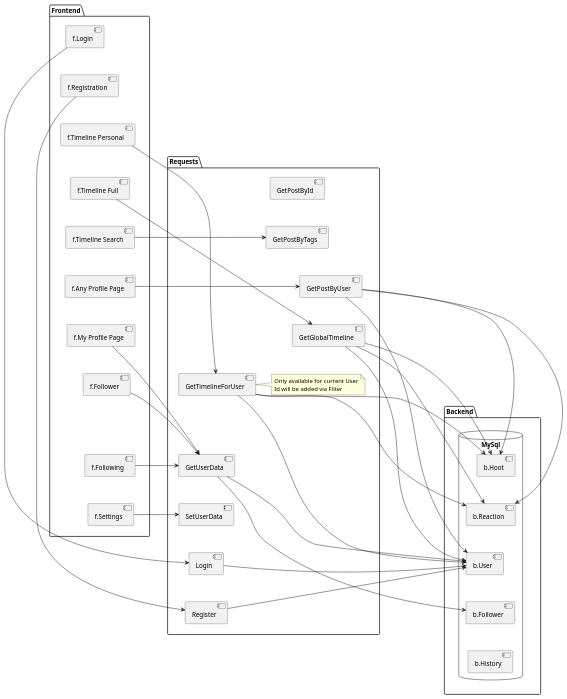
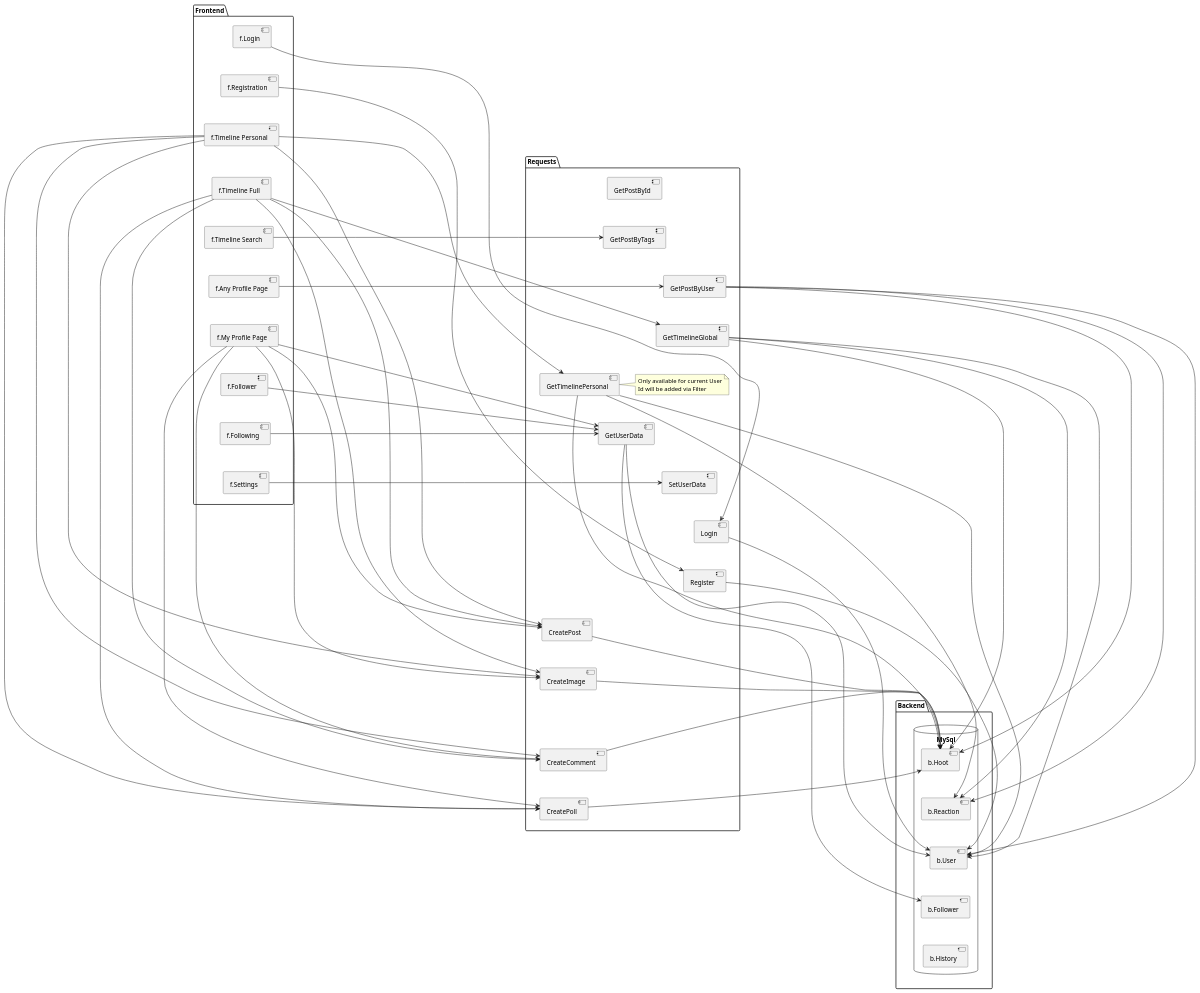
Before and after one commit to ulftietze/hoot: the diagram in docs/diagrams/Front-Backend-API.puml, drawn with PlantUML. The commit also changed 13 other files, not shown here.

```diff
--- a/docs/diagrams/Front-Backend-API.puml
+++ b/docs/diagrams/Front-Backend-API.puml
@@ -1,98 +1,122 @@
 @startuml
 'https://plantuml.com/component-diagram
 /'TODO: Beautify (Probably never)'/
 
 package Frontend {
     [f.Login]
     [f.Registration]
     [f.Timeline Personal]
     [f.Timeline Full]
     [f.Timeline Search]
     [f.Any Profile Page]
     [f.My Profile Page]
     [f.Follower]
     [f.Following]
     [f.Settings]
 }
 
 [f.Login] -[hidden]down-> [f.Registration]
 [f.Registration] -[hidden]down-> [f.Timeline Personal]
 [f.Timeline Personal] -[hidden]down-> [f.Timeline Full]
 [f.Timeline Full] -[hidden]down-> [f.Timeline Search]
 [f.Timeline Search] -[hidden]down-> [f.Any Profile Page]
 [f.Any Profile Page] -[hidden]down-> [f.My Profile Page]
 [f.My Profile Page] -[hidden]down-> [f.Follower]
 [f.Follower] -[hidden]down-> [f.Following]
 [f.Following] -[hidden]down-> [f.Settings]
 
 package Requests {
     [GetPostById]
     [GetPostByTags]
     [GetPostByUser]
-    [GetGlobalTimeline]
-    [GetTimelineForUser]
+    [GetTimelineGlobal]
+    [GetTimelinePersonal]
     [GetUserData]
     [SetUserData]
     [Login]
     [Register]
+    [CreatePost]
+    [CreateImage]
+    [CreateComment]
+    [CreatePoll]
 
-    note right of [GetTimelineForUser]
+    note right of [GetTimelinePersonal]
         Only available for current User
         Id will be added via Filter
     end note
 }
 
 [GetPostById] -[hidden]down-> [GetPostByTags]
 [GetPostByTags] -[hidden]down-> [GetPostByUser]
-[GetPostByUser] -[hidden]down-> [GetGlobalTimeline]
-[GetGlobalTimeline] -[hidden]down-> [GetTimelineForUser]
-[GetTimelineForUser] -[hidden]down-> [GetUserData]
+[GetPostByUser] -[hidden]down-> [GetTimelineGlobal]
+[GetTimelineGlobal] -[hidden]down-> [GetTimelinePersonal]
+[GetTimelinePersonal] -[hidden]down-> [GetUserData]
 [GetUserData] -[hidden]down-> [SetUserData]
 [SetUserData] -[hidden]down-> [Login]
 [Login] -[hidden]down-> [Register]
+[Register] -[hidden]down-> [CreatePost]
+[CreatePost] -[hidden]down-> [CreateImage]
+[CreateImage] -[hidden]down-> [CreateComment]
+[CreateComment] -[hidden]down-> [CreatePoll]
 
 package Backend {
     database "MySql" {
         [b.Hoot]
         [b.Reaction]
         [b.User]
         [b.Follower]
         [b.History]
     }
 }
 
 [b.Hoot] -[hidden]down-> [b.Reaction]
 [b.Reaction] -[hidden]down-> [b.User]
 [b.User] -[hidden]down-> [b.Follower]
 [b.Follower] -[hidden]down-> [b.History]
 
 Frontend -[hidden]r-> Requests
 Requests -[hidden]r-> Backend
 
 
-[f.Timeline Full] -r-> [GetGlobalTimeline]
-[f.Timeline Personal] -r-> [GetTimelineForUser]
+[f.Timeline Full] -r-> [GetTimelineGlobal]
+[f.Timeline Personal] -r-> [GetTimelinePersonal]
+[f.Timeline Full] -r-> [CreatePost]
+[f.Timeline Personal] -r-> [CreatePost]
+[f.My Profile Page] -r-> [CreatePost]
+[f.Timeline Full] -r-> [CreateImage]
+[f.Timeline Personal] -r-> [CreateImage]
+[f.My Profile Page] -r-> [CreateImage]
+[f.Timeline Full] -r-> [CreateComment]
+[f.Timeline Personal] -r-> [CreateComment]
+[f.My Profile Page] -r-> [CreateComment]
+[f.Timeline Full] -r-> [CreatePoll]
+[f.Timeline Personal] -r-> [CreatePoll]
+[f.My Profile Page] -r-> [CreatePoll]
 [f.Timeline Search] -r-> [GetPostByTags]
 [f.Any Profile Page] -r-> [GetPostByUser]
 [f.My Profile Page] -r-> [GetUserData]
 [f.Login] -r-> [Login]
 [f.Registration] -r-> [Register]
 [f.Follower] -r-> [GetUserData]
 [f.Following] -r-> [GetUserData]
 [f.Settings] -r-> [SetUserData]
 
 [Login] -r-> [b.User]
 [Register] -r-> [b.User]
 [GetUserData] -r-> [b.User]
 [GetUserData] -r-> [b.Follower]
 [GetPostByUser] -r-> [b.Hoot]
 [GetPostByUser] -r-> [b.User]
 [GetPostByUser] -r-> [b.Reaction]
-[GetTimelineForUser] -r-> [b.Hoot]
-[GetTimelineForUser] -r-> [b.User]
-[GetTimelineForUser] -r-> [b.Reaction]
-[GetGlobalTimeline] -r-> [b.Hoot]
-[GetGlobalTimeline] -r-> [b.User]
-[GetGlobalTimeline] -r-> [b.Reaction]
+[GetTimelinePersonal] -r-> [b.Hoot]
+[GetTimelinePersonal] -r-> [b.User]
+[GetTimelinePersonal] -r-> [b.Reaction]
+[GetTimelineGlobal] -r-> [b.Hoot]
+[GetTimelineGlobal] -r-> [b.User]
+[GetTimelineGlobal] -r-> [b.Reaction]
+[CreatePost] -r-> [b.Hoot]
+[CreateImage] -r-> [b.Hoot]
+[CreateComment] -r-> [b.Hoot]
+[CreatePoll] -r-> [b.Hoot]
 
 @enduml
```
